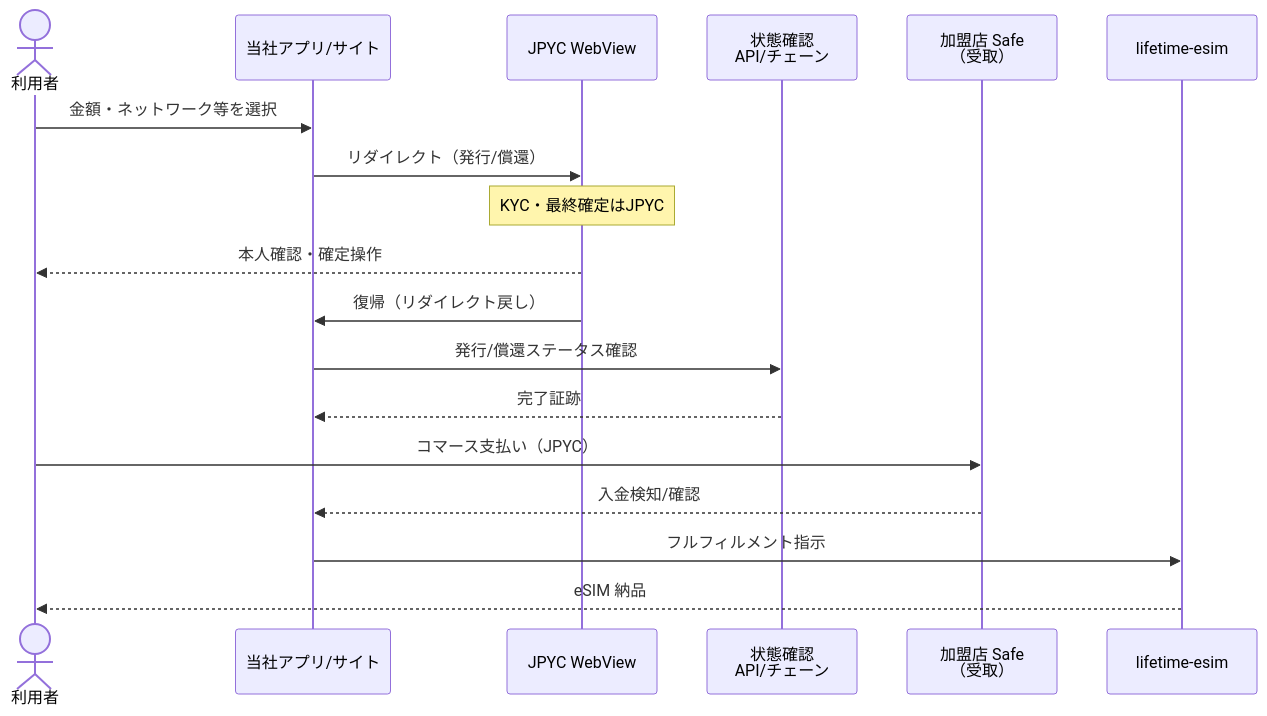
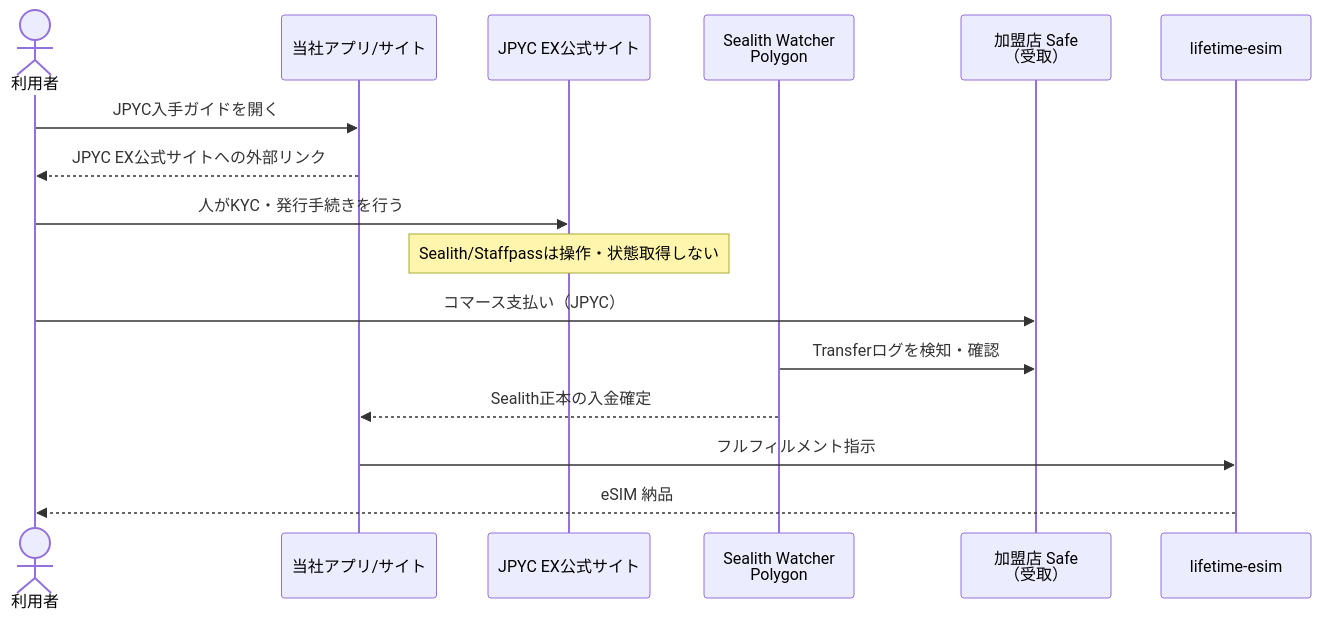
The second of 4 diagrams in docs/partner/jpyc-meeting/architecture-overview.md (pacifico-1106/grokbot-control-plane), drawn with Mermaid before and after one commit. The commit also changed other lines of this file and 25 other files, not shown here.

````diff
--- a/docs/partner/jpyc-meeting/architecture-overview.md
+++ b/docs/partner/jpyc-meeting/architecture-overview.md
@@ -76,21 +76,19 @@
 ```mermaid
 sequenceDiagram
   actor U as 利用者
   participant App as 当社アプリ/サイト
-  participant WV as JPYC WebView
-  participant API as 状態確認<br/>API/チェーン
+  participant EX as JPYC EX公式サイト
+  participant Watcher as Sealith Watcher<br/>Polygon
   participant Safe as 加盟店 Safe<br/>（受取）
   participant ES as lifetime-esim
 
-  U->>App: 金額・ネットワーク等を選択
-  App->>WV: リダイレクト（発行/償還）
-  Note over WV: KYC・最終確定はJPYC
-  WV-->>U: 本人確認・確定操作
-  WV->>App: 復帰（リダイレクト戻し）
-  App->>API: 発行/償還ステータス確認
-  API-->>App: 完了証跡
+  U->>App: JPYC入手ガイドを開く
+  App-->>U: JPYC EX公式サイトへの外部リンク
+  U->>EX: 人がKYC・発行手続きを行う
+  Note over EX: Sealith/Staffpassは操作・状態取得しない
   U->>Safe: コマース支払い（JPYC）
-  Safe-->>App: 入金検知/確認
+  Watcher->>Safe: Transferログを検知・確認
+  Watcher-->>App: Sealith正本の入金確定
   App->>ES: フルフィルメント指示
   ES-->>U: eSIM 納品
 ```
````
